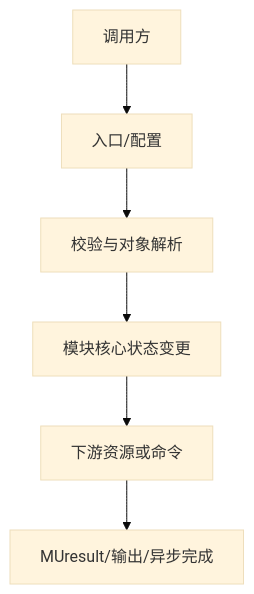
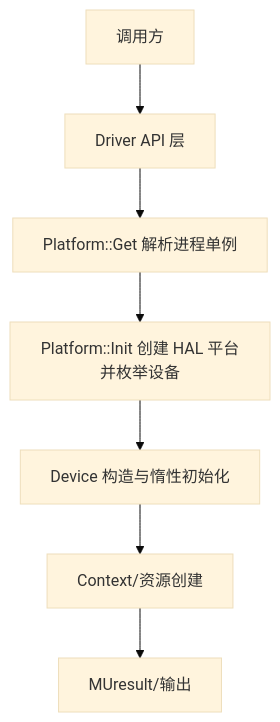
One commit to visionarywind/Projects changed the diagram in musa/01-modules/M03-platform-device/execution-flows.md. Above: the diagram before and after it, drawn with Mermaid (base theme). The commit also changed other lines of this file and 388 other files, not shown here.

````diff
--- a/musa/01-modules/M03-platform-device/execution-flows.md
+++ b/musa/01-modules/M03-platform-device/execution-flows.md
@@ -5,8 +14,9 @@
 ```mermaid
 flowchart TD
- A[调用方] --> B[入口/配置]
- B --> C[校验与对象解析]
- C --> D[模块核心状态变更]
- D --> E[下游资源或命令]
- E --> F[MUresult/输出/异步完成]
+  A[调用方] --> B[Driver API 层]
+  B --> C[Platform::Get 解析进程单例]
+  C --> D[Platform::Init 创建 HAL 平台并枚举设备]
+  D --> E[Device 构造与惰性初始化]
+  E --> F[Context/资源创建]
+  F --> G[MUresult/输出]
 ```
````
